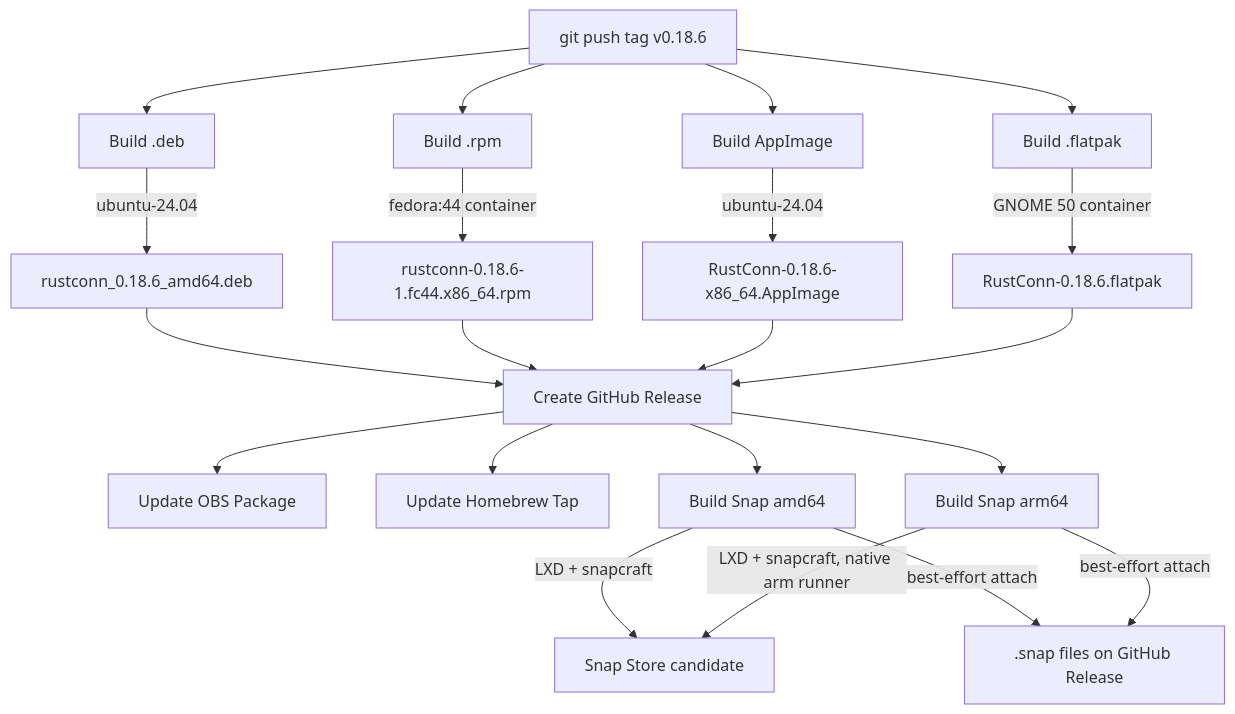
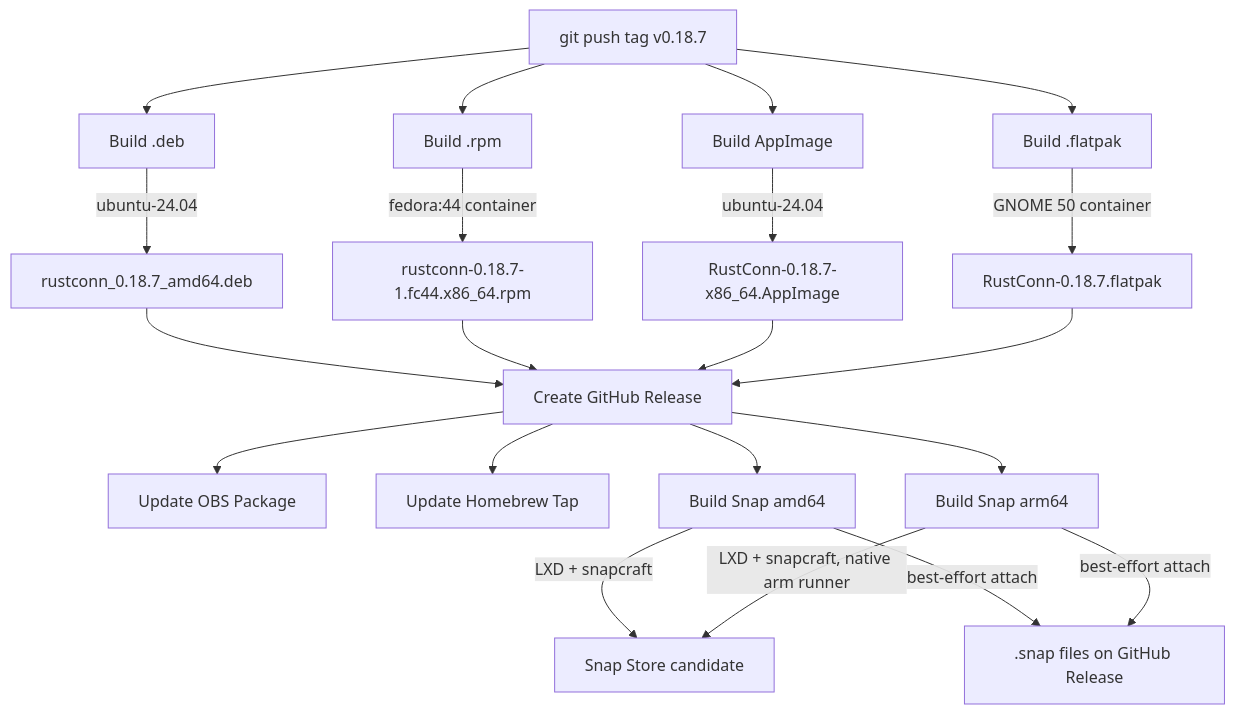
Before and after one commit to shanecaf/RustConn: the third of 6 diagrams in docs/CI_BUILD_FLOW.md, drawn with Mermaid. The commit also changed other lines of this file and 47 other files, not shown here.

````diff
--- a/docs/CI_BUILD_FLOW.md
+++ b/docs/CI_BUILD_FLOW.md
@@ -67,26 +67,26 @@
 ```mermaid
 graph TD
-    Tag[git push tag v0.18.6] --> BuildDeb[Build .deb]
+    Tag[git push tag v0.18.7] --> BuildDeb[Build .deb]
     Tag --> BuildRPM[Build .rpm]
     Tag --> BuildAppImage[Build AppImage]
     Tag --> BuildFlatpak[Build .flatpak]
 
-    BuildDeb --> |ubuntu-24.04| DebArtifact[rustconn_0.18.6_amd64.deb]
-    BuildRPM --> |fedora:44 container| RPMArtifact[rustconn-0.18.6-1.fc44.x86_64.rpm]
-    BuildAppImage --> |ubuntu-24.04| AppImageArtifact[RustConn-0.18.6-x86_64.AppImage]
-    BuildFlatpak --> |GNOME 50 container| FlatpakArtifact[RustConn-0.18.6.flatpak]
+    BuildDeb --> |ubuntu-24.04| DebArtifact[rustconn_0.18.7_amd64.deb]
+    BuildRPM --> |fedora:44 container| RPMArtifact[rustconn-0.18.7-1.fc44.x86_64.rpm]
+    BuildAppImage --> |ubuntu-24.04| AppImageArtifact[RustConn-0.18.7-x86_64.AppImage]
+    BuildFlatpak --> |GNOME 50 container| FlatpakArtifact[RustConn-0.18.7.flatpak]
 
     DebArtifact --> Release[Create GitHub Release]
     RPMArtifact --> Release
     AppImageArtifact --> Release
     FlatpakArtifact --> Release
 
     Release --> UpdateOBS[Update OBS Package]
     Release --> Brew[Update Homebrew Tap]
     Release --> SnapAmd64[Build Snap amd64]
     Release --> SnapArm64[Build Snap arm64]
     SnapAmd64 --> |LXD + snapcraft| SnapStore[Snap Store candidate]
     SnapArm64 --> |LXD + snapcraft, native arm runner| SnapStore
     SnapAmd64 --> |best-effort attach| SnapAsset[.snap files on GitHub Release]
     SnapArm64 --> |best-effort attach| SnapAsset
 ```
````
